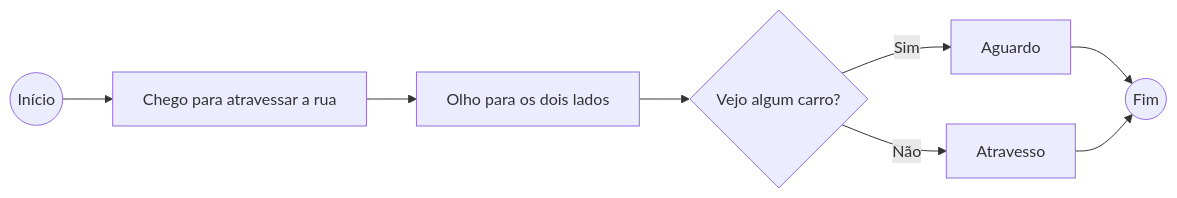
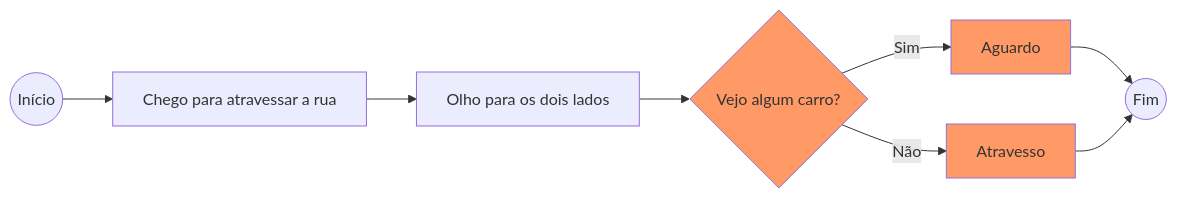
One commit to lab-mg/automatizacoes changed the second of 5 diagrams in docs/blog/posts/20231122_power_automate_ciclo_basico/index.md. Above: the diagram before and after it, drawn with Mermaid. The commit also changed other lines of this file, not shown here.

Commit message:
Add cor para destacar if/else
See #28
See #30

````diff
--- a/docs/blog/posts/20231122_power_automate_ciclo_basico/index.md
+++ b/docs/blog/posts/20231122_power_automate_ciclo_basico/index.md
@@ -105,12 +106,16 @@
 ```mermaid
 flowchart LR
     1((Início)) --> 2
     2[Chego para atravessar a rua] --> 3
     3[Olho para os dois lados]  --> 4
+    4:::conditions
     4{Vejo algum carro?}
     4-->|Sim|5
     4-->|Não|6
-    5[Aguardo]-->7
-    6[Atravesso]-->7
+    5[Aguardo]
+    5:::conditions-->7
+    6[Atravesso]
+    6:::conditions-->7
     7((Fim))
+    classDef conditions fill:#f96
 ```
````
